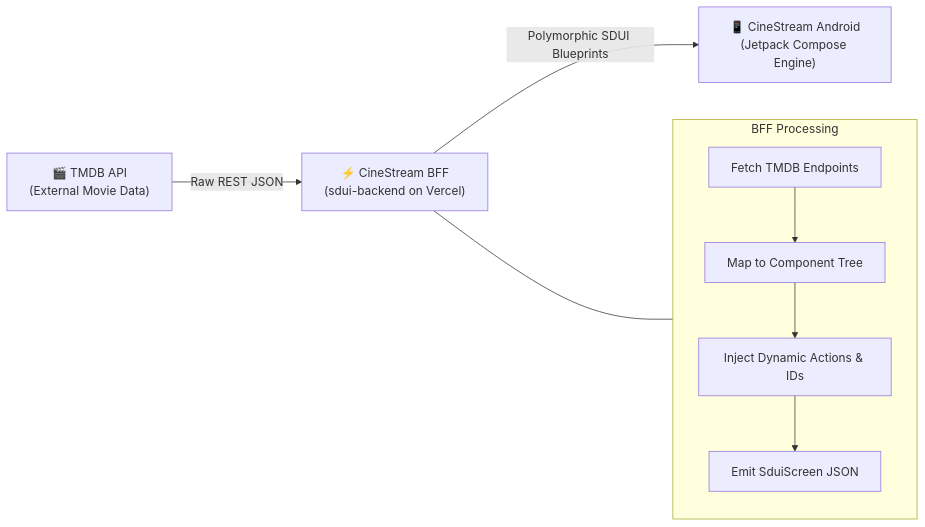
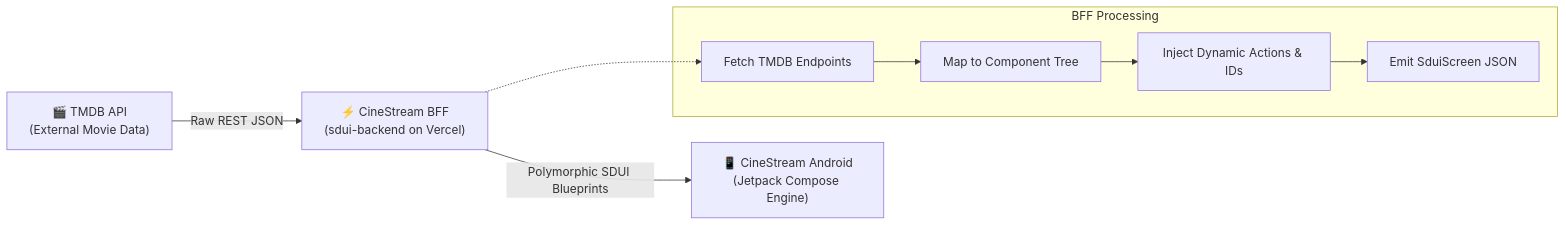
The diagram in README.md (AmmarAlGhifary/cinestream-sdui-backend), drawn with Mermaid before and after one commit.

Commit message:
docs: link BFF node to processing steps in architecture diagram

````diff
--- a/README.md
+++ b/README.md
@@ -31,13 +31,14 @@
 ```mermaid
 flowchart LR
     A["🎬 TMDB API<br/>(External Movie Data)"] -->|Raw REST JSON| B["⚡ CineStream BFF<br/>(sdui-backend on Vercel)"]
     B -->|Polymorphic SDUI Blueprints| C["📱 CineStream Android<br/>(Jetpack Compose Engine)"]
     
     subgraph BFFP["BFF Processing"]
         B1["Fetch TMDB Endpoints"] --> B2["Map to Component Tree"]
         B2 --> B3["Inject Dynamic Actions & IDs"]
         B3 --> B4["Emit SduiScreen JSON"]
     end
     
-    B --- BFFP
+    
+    B -.-> B1
 ```
````
